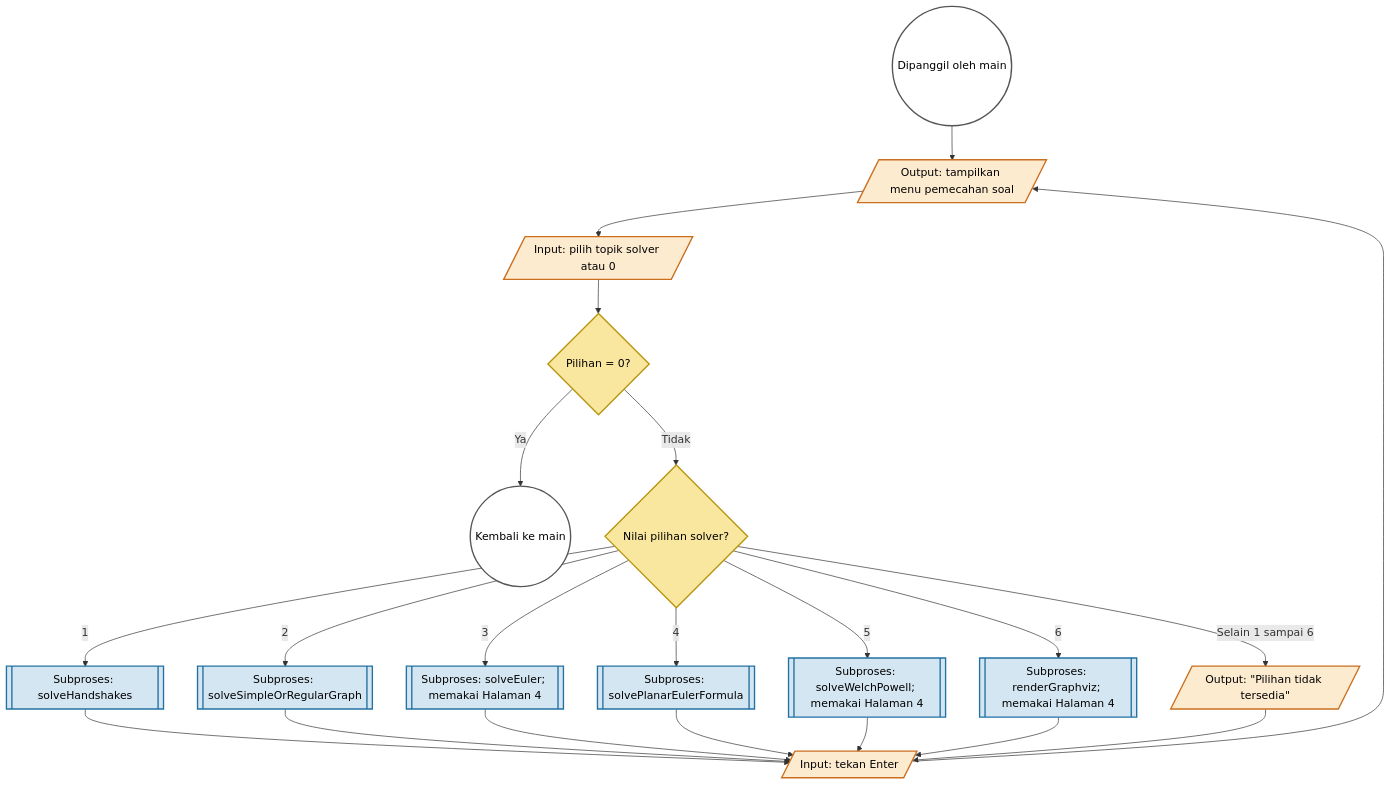
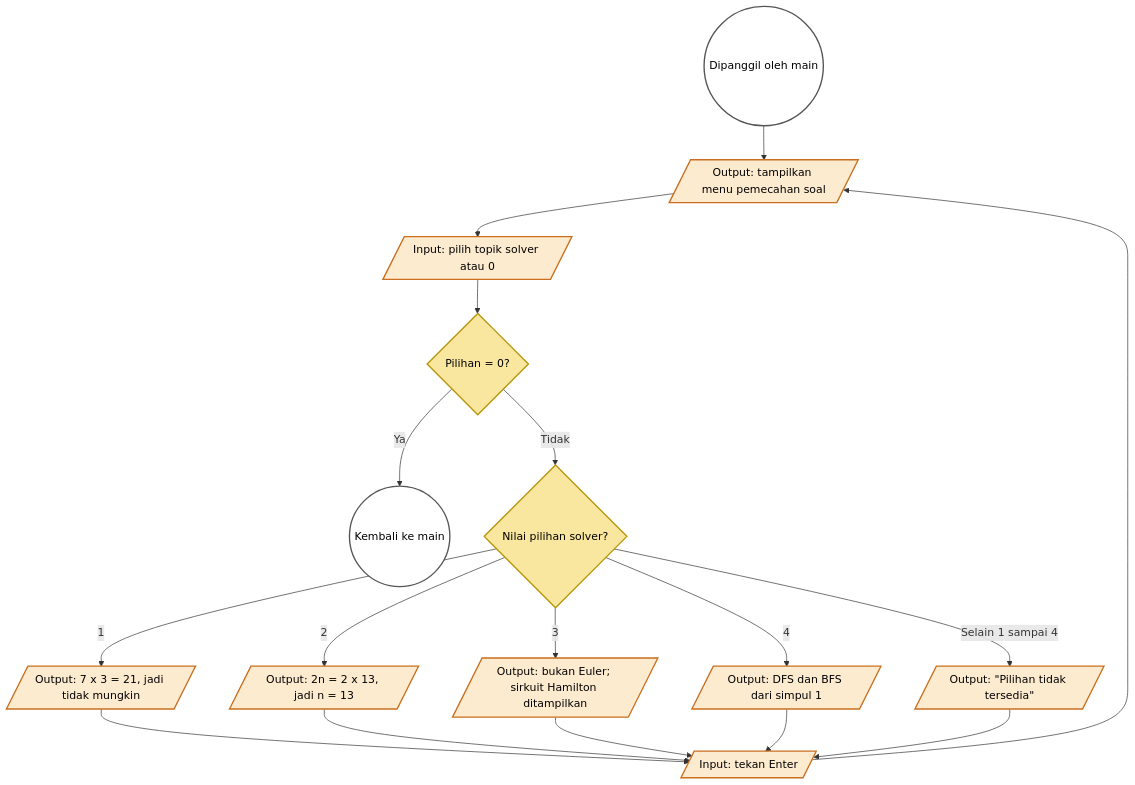
One commit to kyberneticus/graph changed the third of 3 diagrams in FLOWCHART.md. Above: the diagram before and after it, drawn with Mermaid. The commit also changed other lines of this file and 7 other files, not shown here.

First line of the commit message:
feat: tailor graph exercises and solvers

````diff
--- a/FLOWCHART.md
+++ b/FLOWCHART.md
@@ -111,35 +111,31 @@
 ```mermaid
 flowchart TD
     SSQEntry((Dipanggil oleh main)) --> SolverMenu[/Output: tampilkan menu pemecahan soal/]
     SolverMenu --> SolverInput[/Input: pilih topik solver atau 0/]
     SolverInput --> BackSolver{Pilihan = 0?}
     BackSolver -- Ya --> SSQReturn((Kembali ke main))
 
     BackSolver -- Tidak --> SolverChoice{Nilai pilihan solver?}
-    SolverChoice -- "1" --> Handshakes[[Subproses: solveHandshakes]]
-    SolverChoice -- "2" --> SimpleRegular[[Subproses: solveSimpleOrRegularGraph]]
-    SolverChoice -- "3" --> Euler[[Subproses: solveEuler; memakai Halaman 4]]
-    SolverChoice -- "4" --> Planar[[Subproses: solvePlanarEulerFormula]]
-    SolverChoice -- "5" --> Coloring[[Subproses: solveWelchPowell; memakai Halaman 4]]
-    SolverChoice -- "6" --> Graphviz[[Subproses: renderGraphviz; memakai Halaman 4]]
-    SolverChoice -- "Selain 1 sampai 6" --> SolverError[/Output: "Pilihan tidak tersedia"/]
+    SolverChoice -- "1" --> Regular[/Output: 7 x 3 = 21, jadi tidak mungkin/]
+    SolverChoice -- "2" --> DegreeTwo[/Output: 2n = 2 x 13, jadi n = 13/]
+    SolverChoice -- "3" --> EulerHamilton[/Output: bukan Euler; sirkuit Hamilton ditampilkan/]
+    SolverChoice -- "4" --> Traversal[/Output: DFS dan BFS dari simpul 1/]
+    SolverChoice -- "Selain 1 sampai 4" --> SolverError[/Output: "Pilihan tidak tersedia"/]
 
-    Handshakes --> SolverPause[/Input: tekan Enter/]
-    SimpleRegular --> SolverPause
-    Euler --> SolverPause
-    Planar --> SolverPause
-    Coloring --> SolverPause
-    Graphviz --> SolverPause
+    Regular --> SolverPause[/Input: tekan Enter/]
+    DegreeTwo --> SolverPause
+    EulerHamilton --> SolverPause
+    Traversal --> SolverPause
     SolverError --> SolverPause
     SolverPause --> SolverMenu
 
     classDef connector fill:#FFFFFF,stroke:#555555,color:#000,stroke-width:2px;
     classDef io fill:#FDEBD0,stroke:#CA6F1E,color:#000,stroke-width:2px;
     classDef decision fill:#F9E79F,stroke:#B7950B,color:#000,stroke-width:2px;
     classDef subprocess fill:#D4E6F1,stroke:#2471A3,color:#000,stroke-width:2px;
 
     class SSQEntry,SSQReturn connector;
     class SolverMenu,SolverInput,SolverError,SolverPause io;
     class BackSolver,SolverChoice decision;
-    class Handshakes,SimpleRegular,Euler,Planar,Coloring,Graphviz subprocess;
+    class Regular,DegreeTwo,EulerHamilton,Traversal io;
 ```
````
